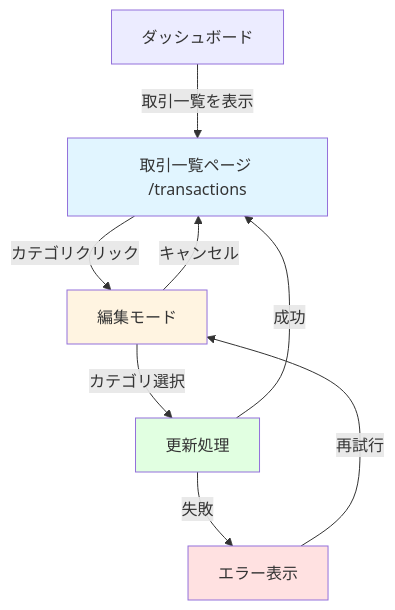
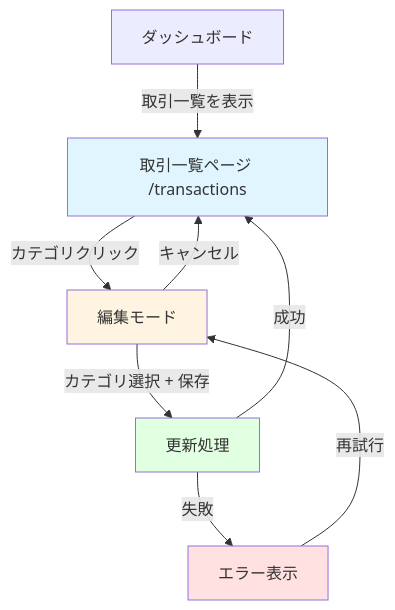
Before and after one commit to kencom2400/account-book: the first of 5 diagrams in docs/detailed-design/FR-010_manual-category-edit/screen-transitions.md, drawn with Mermaid. The commit also changed other lines of this file and 1 other file, not shown here.

````diff
--- a/docs/detailed-design/FR-010_manual-category-edit/screen-transitions.md
+++ b/docs/detailed-design/FR-010_manual-category-edit/screen-transitions.md
@@ -18,15 +18,15 @@
 ```mermaid
 graph TD
     A[ダッシュボード] -->|取引一覧を表示| B[取引一覧ページ /transactions]
     B -->|カテゴリクリック| C[編集モード]
-    C -->|カテゴリ選択| D[更新処理]
+    C -->|カテゴリ選択 + 保存| D[更新処理]
     C -->|キャンセル| B
     D -->|成功| B
     D -->|失敗| E[エラー表示]
     E -->|再試行| C
 
     style B fill:#e1f5ff
     style C fill:#fff4e1
     style D fill:#e1ffe1
     style E fill:#ffe1e1
 ```
````
